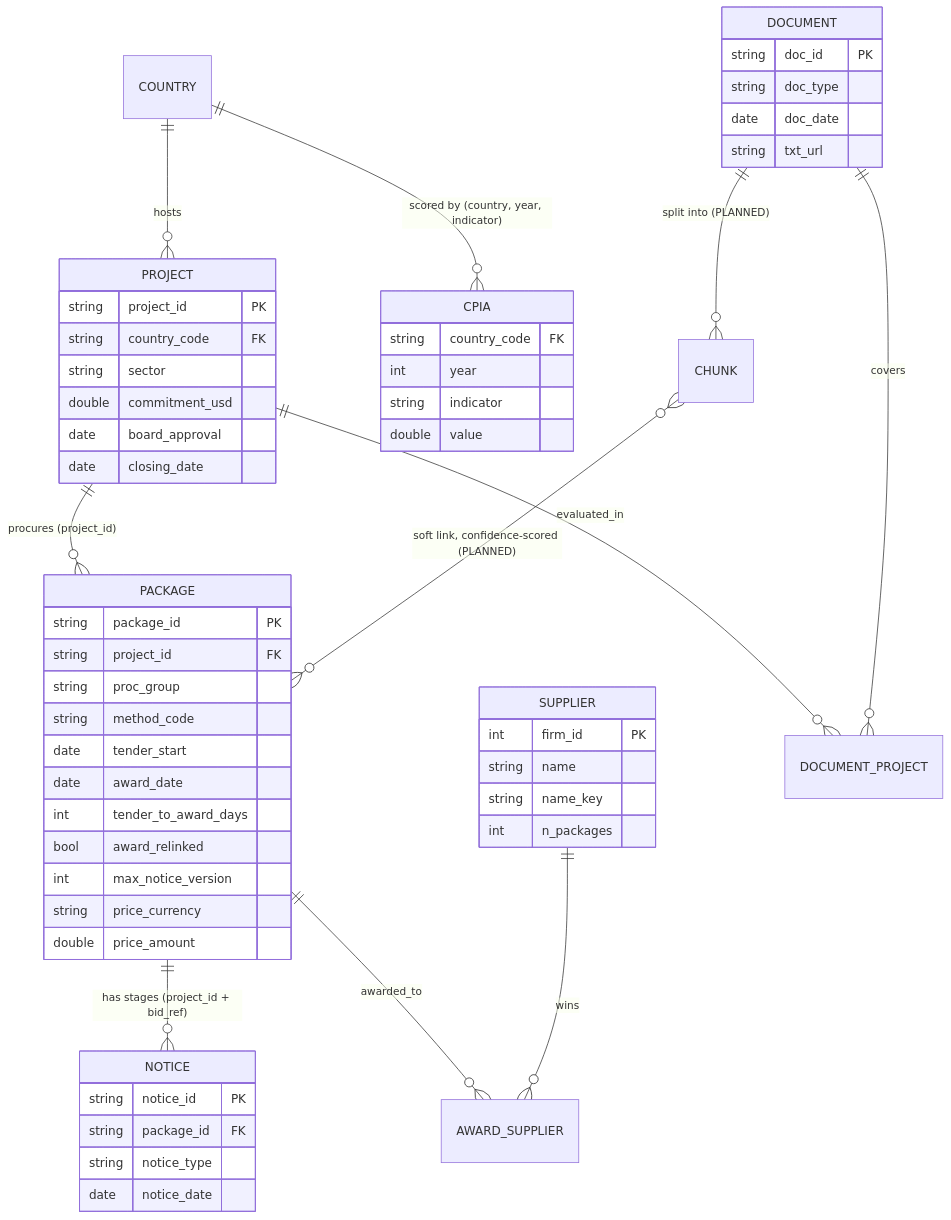
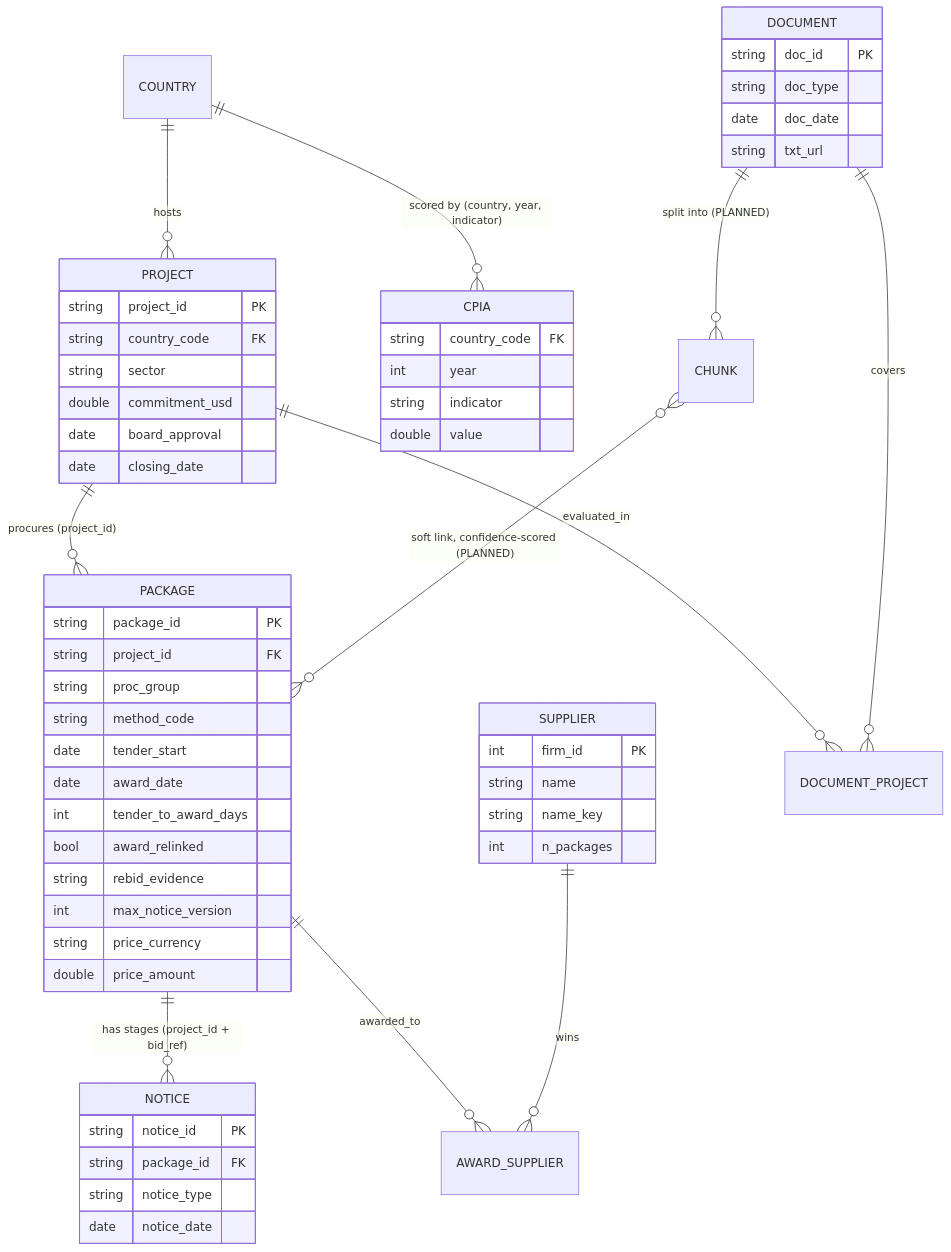
The diagram in docs/data-model.md (wcares/procurement-intelligence), drawn with Mermaid before and after one commit. The commit also changed other lines of this file and 2 other files, not shown here.

Commit message:
Re-bid evidence from "-N" reference suffixes, with its limits
What "-N" means, measured on the notice table: 30 references exist both
as X and X-N in the same project (N = 1-4); their descriptions are
near-identical (same item, not separate lots; 10 pairs read by hand),
and X-N's first notice comes later in 28 of 30 pairs, median 104 days,
which is what a failed tender followed by a re-tender looks like.

package.rebid_evidence marks the original package: successor_reference
(28) or award_under_suffix (10, the awards linked in ed3ff89). Re-bid
packages took a median 341-384 days to award against 108 overall.

Not turned into a re-bid rate or risk model: the evidence is
positive-only and comes from about 12 of 98 projects (13 pairs from one
Indonesian project), so it reflects some agencies' numbering, and a
package without it may still have been re-bid. Kept for cross-checking
the ICR-based re-bidding label. Documented in docs/data-model.md.
66 tests pass; labelled packages unchanged (1,178).

Claude-Session: https://claude.ai/code/session_015jWyY4wwwJydSizeCDPbpx

````diff
--- a/docs/data-model.md
+++ b/docs/data-model.md
@@ -8,20 +8,20 @@
 ```mermaid
 erDiagram
     COUNTRY ||--o{ PROJECT : hosts
     COUNTRY ||--o{ CPIA : "scored by (country, year, indicator)"
     PROJECT ||--o{ PACKAGE : "procures (project_id)"
     PACKAGE ||--o{ NOTICE : "has stages (project_id + bid_ref)"
     PACKAGE ||--o{ AWARD_SUPPLIER : awarded_to
     SUPPLIER ||--o{ AWARD_SUPPLIER : wins
     PROJECT ||--o{ DOCUMENT_PROJECT : evaluated_in
     DOCUMENT ||--o{ DOCUMENT_PROJECT : covers
     DOCUMENT ||--o{ CHUNK : "split into (PLANNED)"
     CHUNK }o--o{ PACKAGE : "soft link, confidence-scored (PLANNED)"
 
     PROJECT { string project_id PK  string country_code FK  string sector  double commitment_usd  date board_approval  date closing_date }
-    PACKAGE { string package_id PK  string project_id FK  string proc_group  string method_code  date tender_start  date award_date  int tender_to_award_days  bool award_relinked  int max_notice_version  string price_currency  double price_amount }
+    PACKAGE { string package_id PK  string project_id FK  string proc_group  string method_code  date tender_start  date award_date  int tender_to_award_days  bool award_relinked  string rebid_evidence  int max_notice_version  string price_currency  double price_amount }
     NOTICE  { string notice_id PK  string package_id FK  string notice_type  date notice_date }
     SUPPLIER { int firm_id PK  string name  string name_key  int n_packages }
     DOCUMENT { string doc_id PK  string doc_type  date doc_date  string txt_url }
     CPIA { string country_code FK  int year  string indicator  double value }
 ```
````
